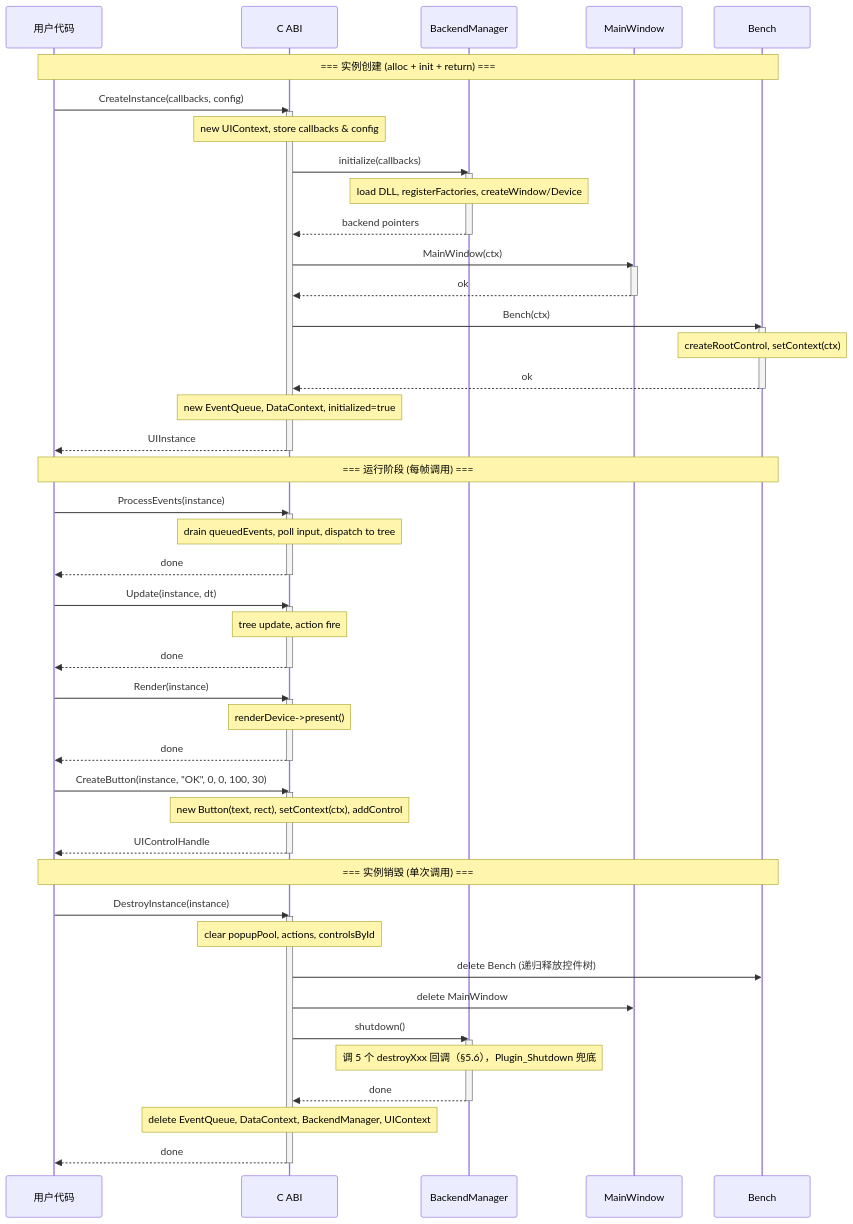
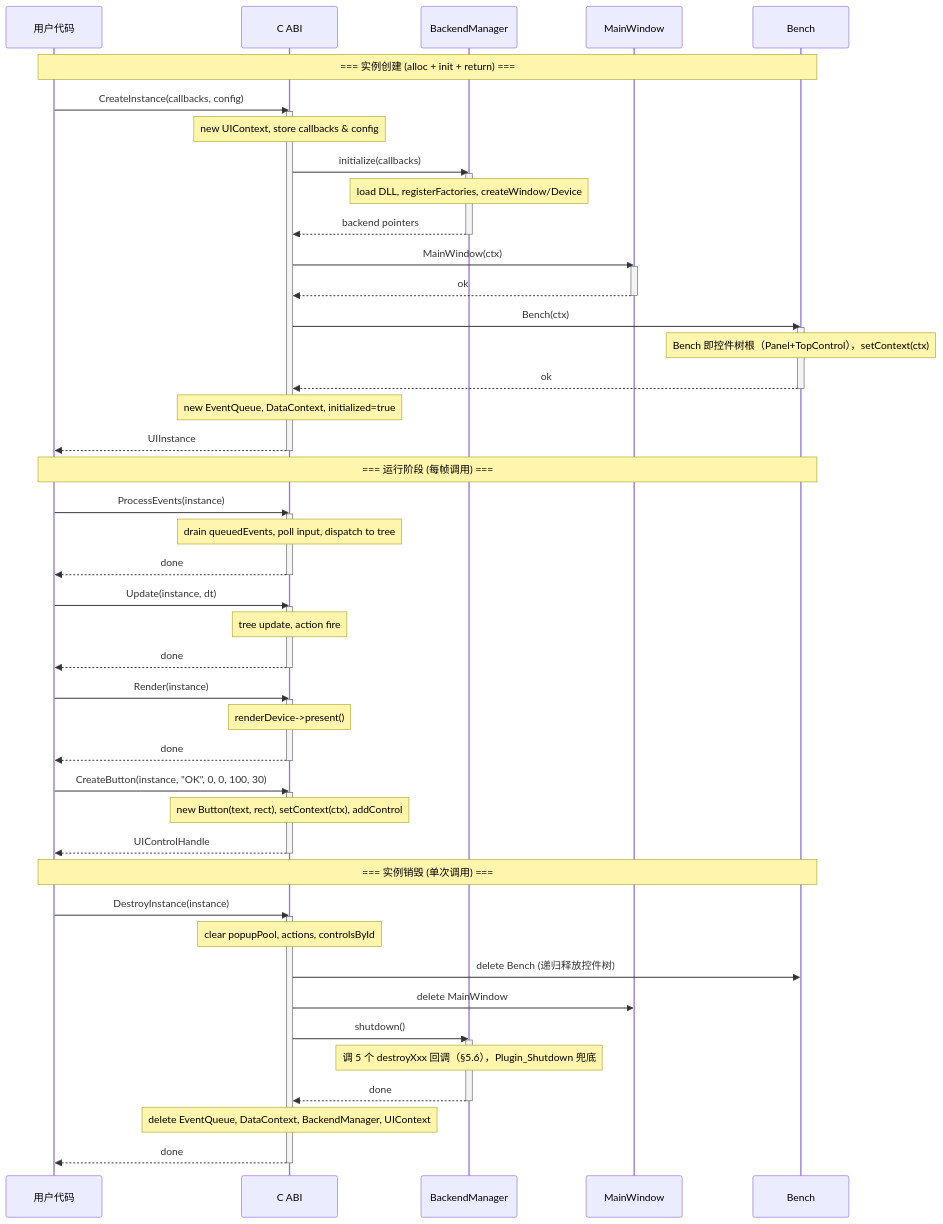
One commit to SeaOceanLiu/UIControls changed the second of 4 diagrams in doc/CABI_MultiInstance_Design.md. Above: the diagram before and after it, drawn with Mermaid. The commit also changed other lines of this file and 1 other file, not shown here.

````diff
--- a/doc/CABI_MultiInstance_Design.md
+++ b/doc/CABI_MultiInstance_Design.md
@@ -760,80 +757,80 @@
 ```mermaid
 sequenceDiagram
     participant User as 用户代码
     participant CAPI as C ABI
     participant BM as BackendManager
     participant MW as MainWindow
     participant B as Bench
 
     Note over User,B: === 实例创建 (alloc + init + return) ===
 
     User->>CAPI: CreateInstance(callbacks, config)
     activate CAPI
     Note over CAPI: new UIContext, store callbacks & config
 
     CAPI->>BM: initialize(callbacks)
     activate BM
     Note over BM: load DLL, registerFactories, createWindow/Device
     BM-->>CAPI: backend pointers
     deactivate BM
 
     CAPI->>MW: MainWindow(ctx)
     activate MW
     MW-->>CAPI: ok
     deactivate MW
 
     CAPI->>B: Bench(ctx)
     activate B
-    Note over B: createRootControl, setContext(ctx)
+    Note over B: Bench 即控件树根（Panel+TopControl），setContext(ctx)
     B-->>CAPI: ok
     deactivate B
 
     Note over CAPI: new EventQueue, DataContext, initialized=true
     CAPI-->>User: UIInstance
     deactivate CAPI
 
     Note over User,B: === 运行阶段 (每帧调用) ===
 
     User->>CAPI: ProcessEvents(instance)
     activate CAPI
     Note over CAPI: drain queuedEvents, poll input, dispatch to tree
     CAPI-->>User: done
     deactivate CAPI
 
     User->>CAPI: Update(instance, dt)
     activate CAPI
     Note over CAPI: tree update, action fire
     CAPI-->>User: done
     deactivate CAPI
 
     User->>CAPI: Render(instance)
     activate CAPI
     Note over CAPI: renderDevice->present()
     CAPI-->>User: done
     deactivate CAPI
 
     User->>CAPI: CreateButton(instance, "OK", 0, 0, 100, 30)
     activate CAPI
     Note over CAPI: new Button(text, rect), setContext(ctx), addControl
     CAPI-->>User: UIControlHandle
     deactivate CAPI
 
     Note over User,B: === 实例销毁 (单次调用) ===
 
     User->>CAPI: DestroyInstance(instance)
     activate CAPI
     Note over CAPI: clear popupPool, actions, controlsById
 
     CAPI->>B: delete Bench (递归释放控件树)
     CAPI->>MW: delete MainWindow
 
     CAPI->>BM: shutdown()
     activate BM
     Note over BM: 调 5 个 destroyXxx 回调（§5.6），Plugin_Shutdown 兜底
     BM-->>CAPI: done
     deactivate BM
 
     Note over CAPI: delete EventQueue, DataContext, BackendManager, UIContext
     CAPI-->>User: done
     deactivate CAPI
 ```
````
